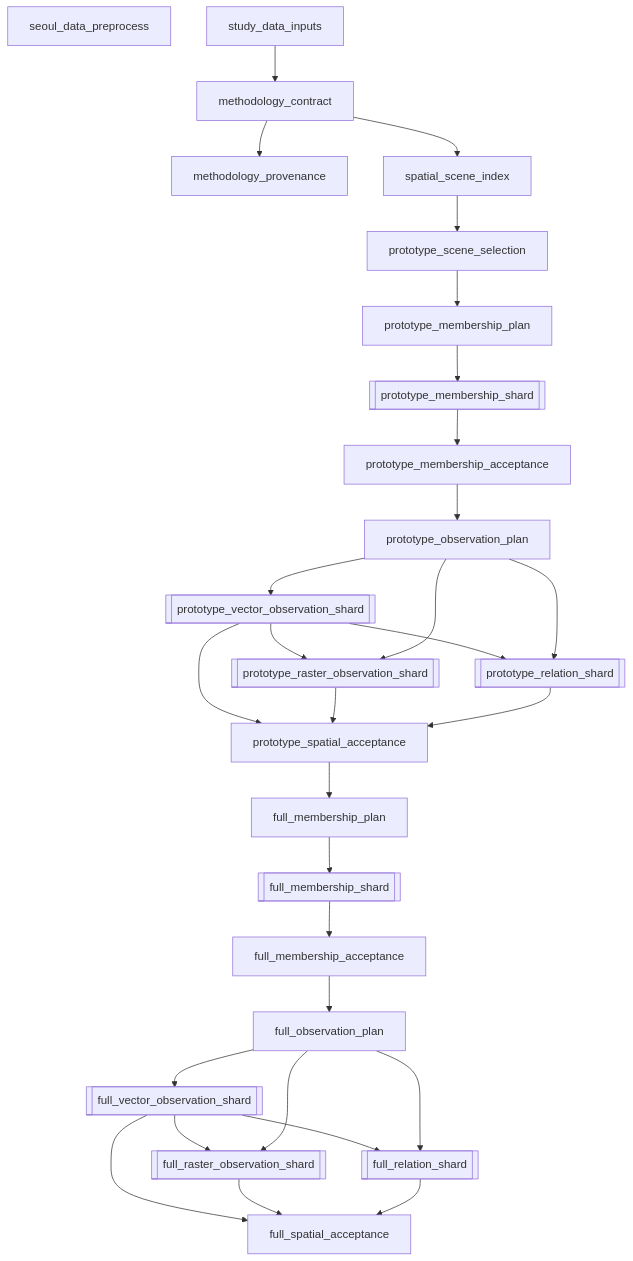
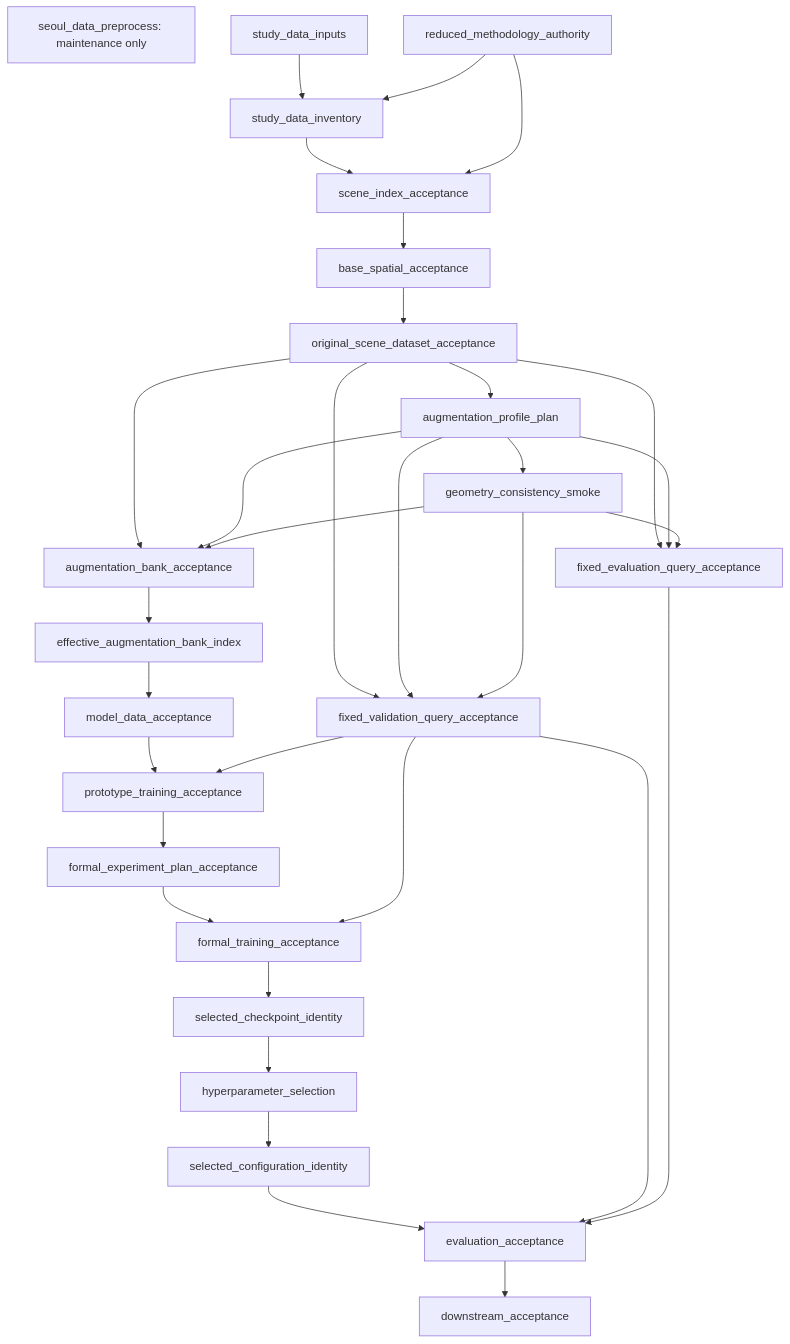
One commit to dhnyu/fuse changed the diagram in blueprint/targets_implementation_blueprint.md. Above: the diagram before and after it, drawn with Mermaid. The commit also changed other lines of this file and 13 other files, not shown here.

Commit message:
Implement P0 reduced methodology authority

````diff
--- a/blueprint/targets_implementation_blueprint.md
+++ b/blueprint/targets_implementation_blueprint.md
@@ -164,35 +674,36 @@
 ```mermaid
 flowchart TD
-  SDP[seoul_data_preprocess]
-
-  SDI[study_data_inputs] --> MC[methodology_contract]
-  MC --> MP[methodology_provenance]
-  MC --> SSI[spatial_scene_index]
-  SSI --> PSEL[prototype_scene_selection]
-
-  PSEL --> PMP[prototype_membership_plan]
-  PMP --> PMS[[prototype_membership_shard]]
-  PMS --> PMA[prototype_membership_acceptance]
-  PMA --> POP[prototype_observation_plan]
-  POP --> PVS[[prototype_vector_observation_shard]]
-  PVS --> PRS[[prototype_raster_observation_shard]]
-  PVS --> PES[[prototype_relation_shard]]
-  POP --> PRS
-  POP --> PES
-  PVS --> PSA[prototype_spatial_acceptance]
-  PRS --> PSA
-  PES --> PSA
-
-  PSA --> FMP[full_membership_plan]
-  FMP --> FMS[[full_membership_shard]]
-  FMS --> FMA[full_membership_acceptance]
-  FMA --> FOP[full_observation_plan]
-  FOP --> FVS[[full_vector_observation_shard]]
-  FVS --> FRS[[full_raster_observation_shard]]
-  FVS --> FES[[full_relation_shard]]
-  FOP --> FRS
-  FOP --> FES
-  FVS --> FSA[full_spatial_acceptance]
-  FRS --> FSA
-  FES --> FSA
+  M[seoul_data_preprocess: maintenance only]
+  P0[reduced_methodology_authority]
+  SDI[study_data_inputs] --> INV[study_data_inventory]
+  P0 --> INV
+  INV --> SI[scene_index_acceptance]
+  P0 --> SI
+  SI --> BS[base_spatial_acceptance]
+  BS --> OC[original_scene_dataset_acceptance]
+  OC --> AP[augmentation_profile_plan]
+  AP --> GCS[geometry_consistency_smoke]
+  OC --> AB[augmentation_bank_acceptance]
+  AP --> AB
+  GCS --> AB
+  AB --> BI[effective_augmentation_bank_index]
+  OC --> VQ[fixed_validation_query_acceptance]
+  OC --> EQ[fixed_evaluation_query_acceptance]
+  AP --> VQ
+  AP --> EQ
+  GCS --> VQ
+  GCS --> EQ
+  BI --> MD[model_data_acceptance]
+  MD --> PT[prototype_training_acceptance]
+  VQ --> PT
+  PT --> EP[formal_experiment_plan_acceptance]
+  EP --> FT[formal_training_acceptance]
+  VQ --> FT
+  FT --> CK[selected_checkpoint_identity]
+  CK --> HS[hyperparameter_selection]
+  HS --> SC[selected_configuration_identity]
+  SC --> EV[evaluation_acceptance]
+  VQ --> EV
+  EQ --> EV
+  EV --> DS[downstream_acceptance]
 ```
````
